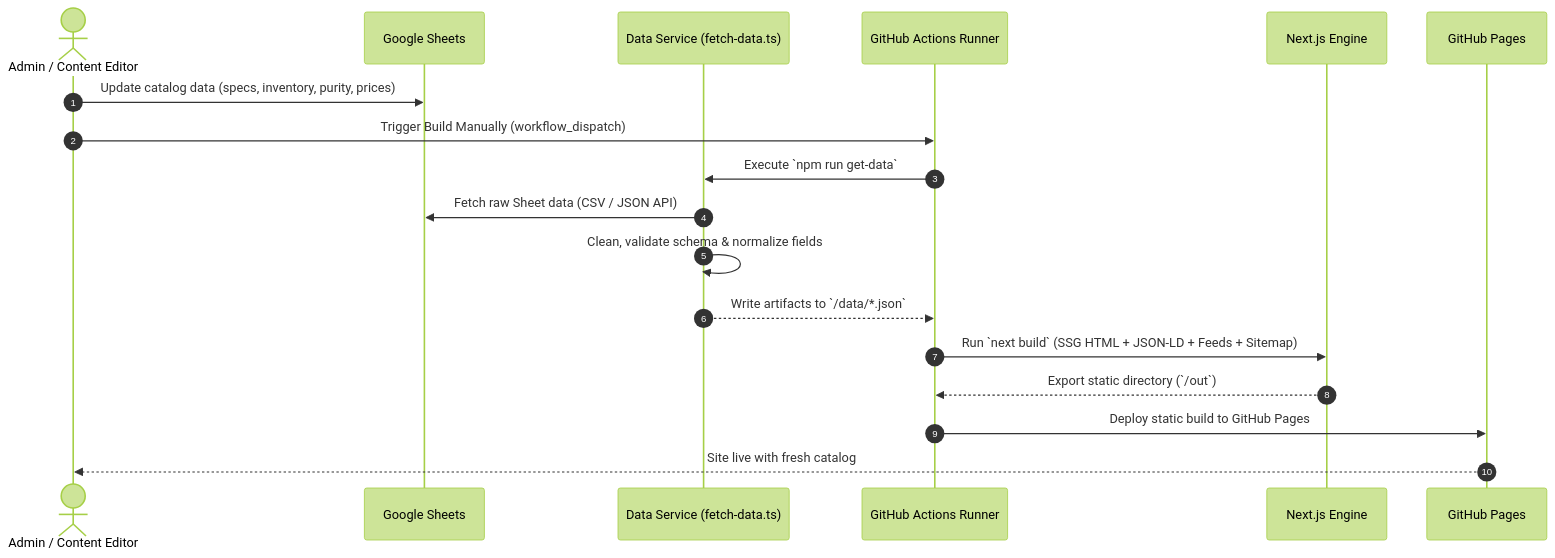
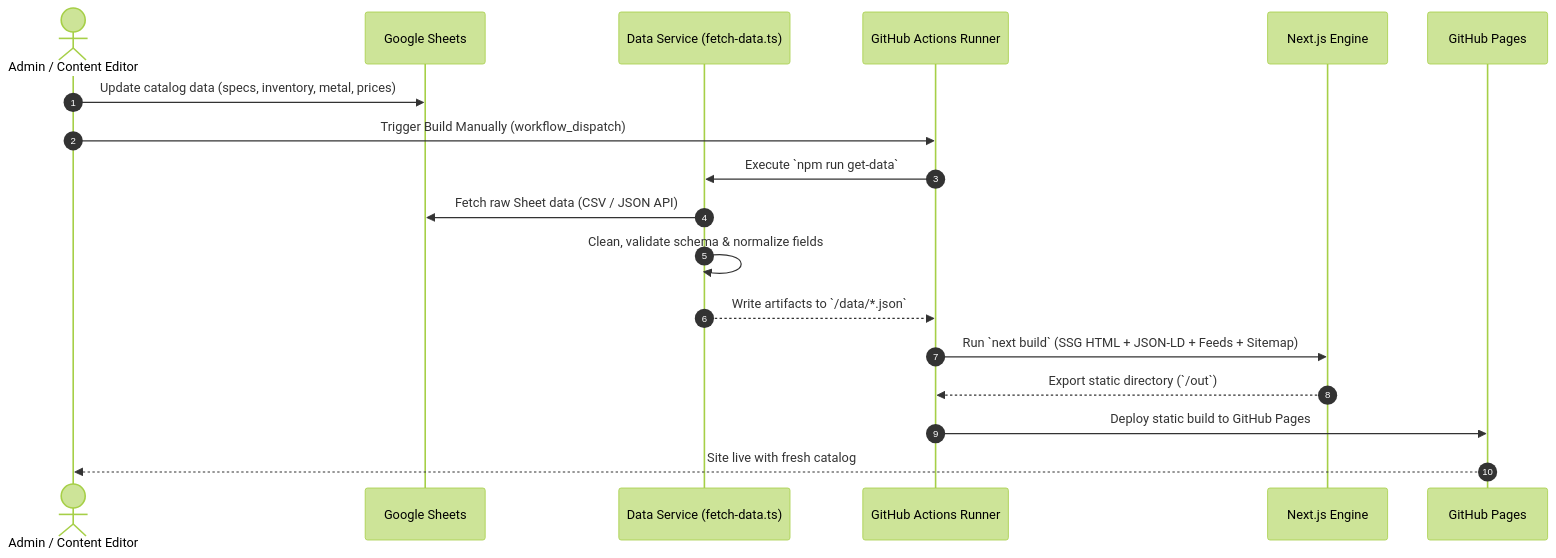
The second of 2 diagrams in ARCHITECTURE.md (sapnashrijewellers/sapnashrijewellers.github.io), drawn with Mermaid (forest theme) before and after one commit. The commit also changed 129 other files, not shown here.

````diff
--- a/ARCHITECTURE.md
+++ b/ARCHITECTURE.md
@@ -93,21 +93,21 @@
 ```mermaid
 sequenceDiagram
     autonumber
     actor Admin as Admin / Content Editor
     participant GS as Google Sheets
     participant DS as Data Service (fetch-data.ts)
     participant GH as GitHub Actions Runner
     participant Next as Next.js Engine
     participant GHP as GitHub Pages
 
-    Admin->>GS: Update catalog data (specs, inventory, purity, prices)
+    Admin->>GS: Update catalog data (specs, inventory, metal, prices)
     Admin->>GH: Trigger Build Manually (workflow_dispatch)
     GH->>DS: Execute `npm run get-data`
     DS->>GS: Fetch raw Sheet data (CSV / JSON API)
     DS->>DS: Clean, validate schema & normalize fields
     DS-->>GH: Write artifacts to `/data/*.json`
     GH->>Next: Run `next build` (SSG HTML + JSON-LD + Feeds + Sitemap)
     Next-->>GH: Export static directory (`/out`)
     GH->>GHP: Deploy static build to GitHub Pages
     GHP-->>Admin: Site live with fresh catalog
 ```
````
